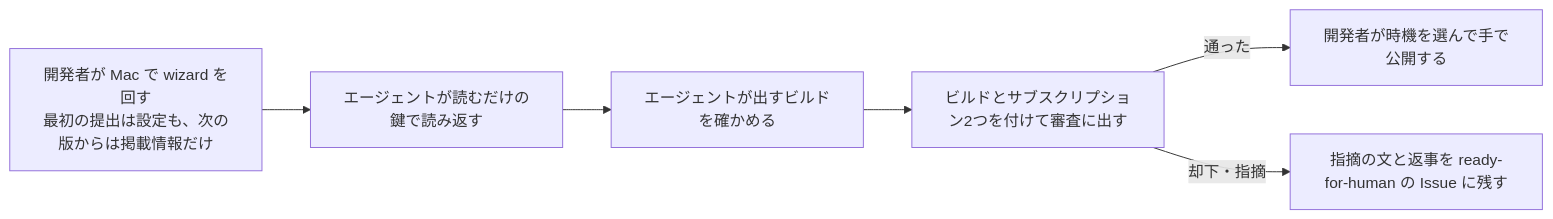
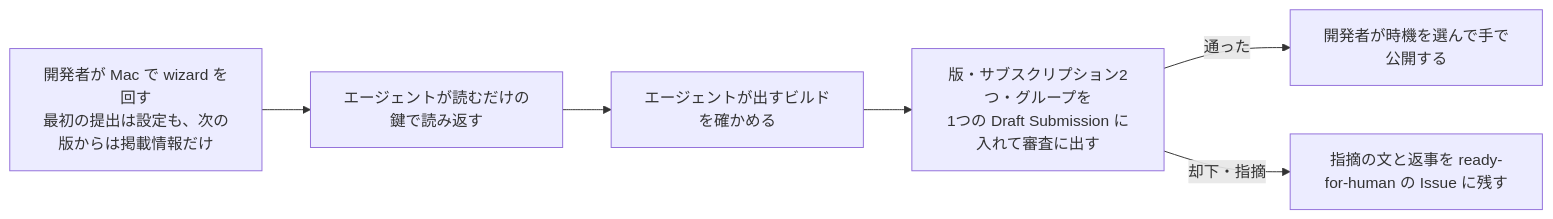
The diagram in docs/agents/ios-release.md (gn-t-k/nu-tori), drawn with Mermaid before and after one commit. The commit also changed other lines of this file and 1 other file, not shown here.

First line of the commit message:
App Store に出す手順を Draft Submission の流れにし、画面の名前を英語で書く（#718）

````diff
--- a/docs/agents/ios-release.md
+++ b/docs/agents/ios-release.md
@@ -32,8 +34,8 @@
 ```mermaid
 flowchart LR
   W["開発者が Mac で wizard を回す<br/>最初の提出は設定も、次の版からは掲載情報だけ"] --> R["エージェントが読むだけの鍵で読み返す"]
   R --> B["エージェントが出すビルドを確かめる"]
-  B --> S["ビルドとサブスクリプション2つを付けて審査に出す"]
+  B --> S["版・サブスクリプション2つ・グループを<br/>1つの Draft Submission に入れて審査に出す"]
   S -->|通った| P["開発者が時機を選んで手で公開する"]
   S -->|却下・指摘| I["指摘の文と返事を ready-for-human の Issue に残す"]
 ```
````
